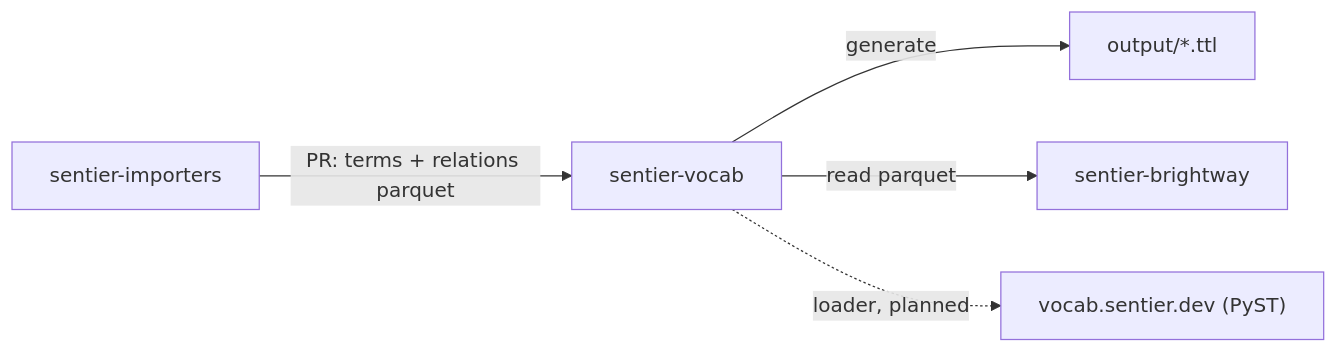
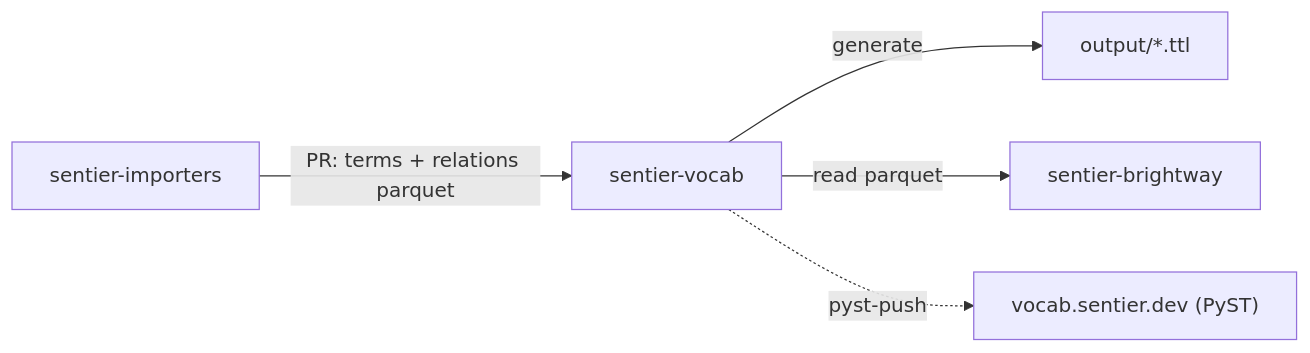
The diagram in README.md (sentier-dev/sentier-vocab), drawn with Mermaid before and after one commit. The commit also changed other lines of this file and 10 other files, not shown here.

````diff
--- a/README.md
+++ b/README.md
@@ -3,7 +3,7 @@
 ```mermaid
 flowchart LR
     imp[sentier-importers] -->|PR: terms + relations parquet| voc[sentier-vocab]
     voc -->|generate| ttl[output/*.ttl]
     voc -->|read parquet| bw[sentier-brightway]
-    voc -.->|loader, planned| pyst["vocab.sentier.dev (PyST)"]
+    voc -.->|pyst-push| pyst["vocab.sentier.dev (PyST)"]
 ```
````
